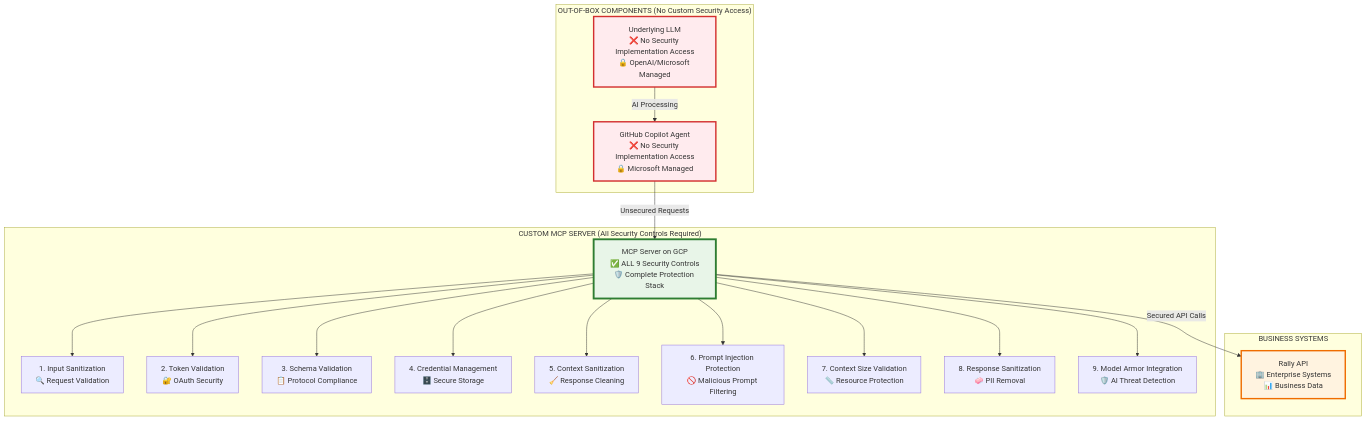
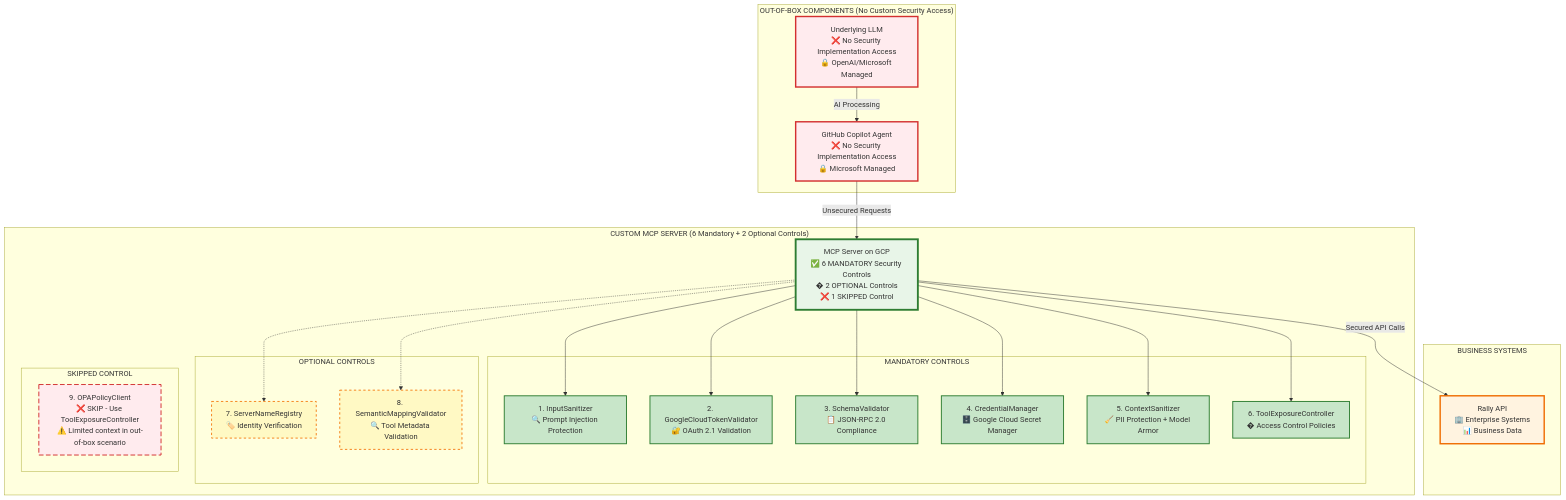
One commit to rnerurkar/mcp-implementation changed the first of 3 diagrams in ADK MCP/VSCode_Copilot_Agent_MCP_Server_End_to_End_Sequence_Diagram.md. Above: the diagram before and after it, drawn with Mermaid. The commit also changed other lines of this file, not shown here.

First line of the commit message:
CORRECTED: Security controls analysis based on authoritative SECURITY_CONTROLS_OVERVIEW.md

````diff
--- a/ADK MCP/VSCode_Copilot_Agent_MCP_Server_End_to_End_Sequence_Diagram.md
+++ b/ADK MCP/VSCode_Copilot_Agent_MCP_Server_End_to_End_Sequence_Diagram.md
@@ -25,45 +27,61 @@
 ```mermaid
 graph TB
     subgraph "OUT-OF-BOX COMPONENTS (No Custom Security Access)"
         CA[GitHub Copilot Agent<br/>❌ No Security Implementation Access<br/>🔒 Microsoft Managed]
         LLM[Underlying LLM<br/>❌ No Security Implementation Access<br/>🔒 OpenAI/Microsoft Managed]
     end
     
-    subgraph "CUSTOM MCP SERVER (All Security Controls Required)"
-        MCP[MCP Server on GCP<br/>✅ ALL 9 Security Controls<br/>🛡️ Complete Protection Stack]
+    subgraph "CUSTOM MCP SERVER (6 Mandatory + 2 Optional Controls)"
+        MCP[MCP Server on GCP<br/>✅ 6 MANDATORY Security Controls<br/>� 2 OPTIONAL Controls<br/>❌ 1 SKIPPED Control]
         
-        SC1[1. Input Sanitization<br/>🔍 Request Validation]
-        SC2[2. Token Validation<br/>🔐 OAuth Security]
-        SC3[3. Schema Validation<br/>📋 Protocol Compliance]
-        SC4[4. Credential Management<br/>🗄️ Secure Storage]
-        SC5[5. Context Sanitization<br/>🧹 Response Cleaning]
-        SC6[6. Prompt Injection Protection<br/>🚫 Malicious Prompt Filtering]
-        SC7[7. Context Size Validation<br/>📏 Resource Protection]
-        SC8[8. Response Sanitization<br/>🧼 PII Removal]
-        SC9[9. Model Armor Integration<br/>🛡️ AI Threat Detection]
+        subgraph "MANDATORY CONTROLS"
+            SC1[1. InputSanitizer<br/>🔍 Prompt Injection Protection]
+            SC2[2. GoogleCloudTokenValidator<br/>🔐 OAuth 2.1 Validation]
+            SC3[3. SchemaValidator<br/>📋 JSON-RPC 2.0 Compliance]
+            SC4[4. CredentialManager<br/>🗄️ Google Cloud Secret Manager]
+            SC5[5. ContextSanitizer<br/>🧹 PII Protection + Model Armor]
+            SC6[6. ToolExposureController<br/>� Access Control Policies]
+        end
+        
+        subgraph "OPTIONAL CONTROLS"
+            SC7[7. ServerNameRegistry<br/>🏷️ Identity Verification]
+            SC8[8. SemanticMappingValidator<br/>🔍 Tool Metadata Validation]
+        end
+        
+        subgraph "SKIPPED CONTROL"
+            SC9[9. OPAPolicyClient<br/>❌ SKIP - Use ToolExposureController<br/>⚠️ Limited context in out-of-box scenario]
+        end
     end
     
     subgraph "BUSINESS SYSTEMS"
         API[Rally API<br/>🏢 Enterprise Systems<br/>📊 Business Data]
     end
     
     CA -->|Unsecured Requests| MCP
     LLM -->|AI Processing| CA
     
     MCP --> SC1
     MCP --> SC2
     MCP --> SC3
     MCP --> SC4
     MCP --> SC5
     MCP --> SC6
-    MCP --> SC7
-    MCP --> SC8
-    MCP --> SC9
+    MCP -.-> SC7
+    MCP -.-> SC8
     
     MCP -->|Secured API Calls| API
     
     style CA fill:#ffebee,stroke:#d32f2f,stroke-width:3px
     style LLM fill:#ffebee,stroke:#d32f2f,stroke-width:3px
     style MCP fill:#e8f5e8,stroke:#2e7d32,stroke-width:4px
+    style SC1 fill:#c8e6c9,stroke:#2e7d32,stroke-width:2px
+    style SC2 fill:#c8e6c9,stroke:#2e7d32,stroke-width:2px
+    style SC3 fill:#c8e6c9,stroke:#2e7d32,stroke-width:2px
+    style SC4 fill:#c8e6c9,stroke:#2e7d32,stroke-width:2px
+    style SC5 fill:#c8e6c9,stroke:#2e7d32,stroke-width:2px
+    style SC6 fill:#c8e6c9,stroke:#2e7d32,stroke-width:2px
+    style SC7 fill:#fff9c4,stroke:#f57f17,stroke-width:2px,stroke-dasharray: 5 5
+    style SC8 fill:#fff9c4,stroke:#f57f17,stroke-width:2px,stroke-dasharray: 5 5
+    style SC9 fill:#ffebee,stroke:#d32f2f,stroke-width:2px,stroke-dasharray: 10 5
     style API fill:#fff3e0,stroke:#ef6c00,stroke-width:3px
 ```
````
